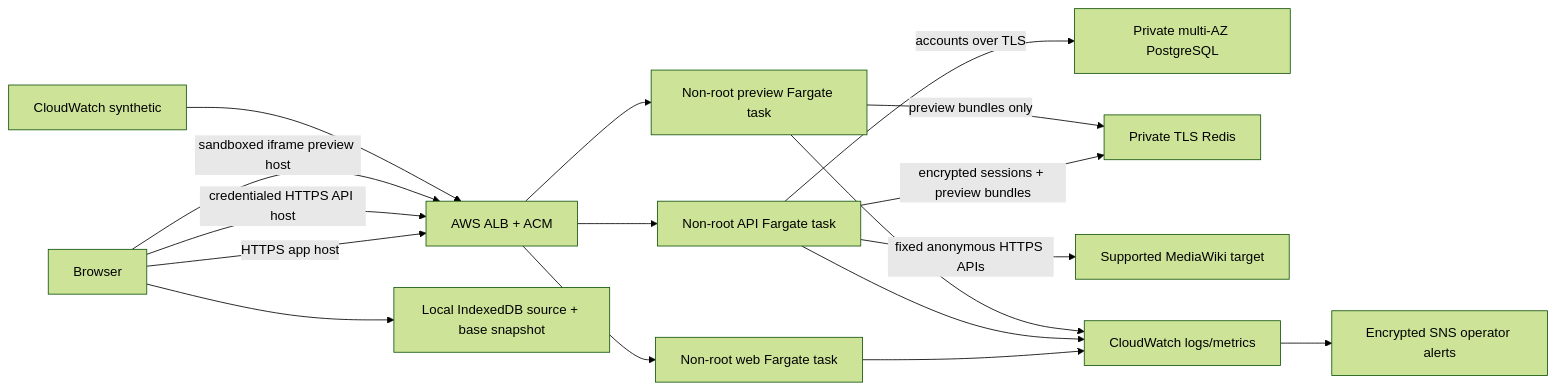
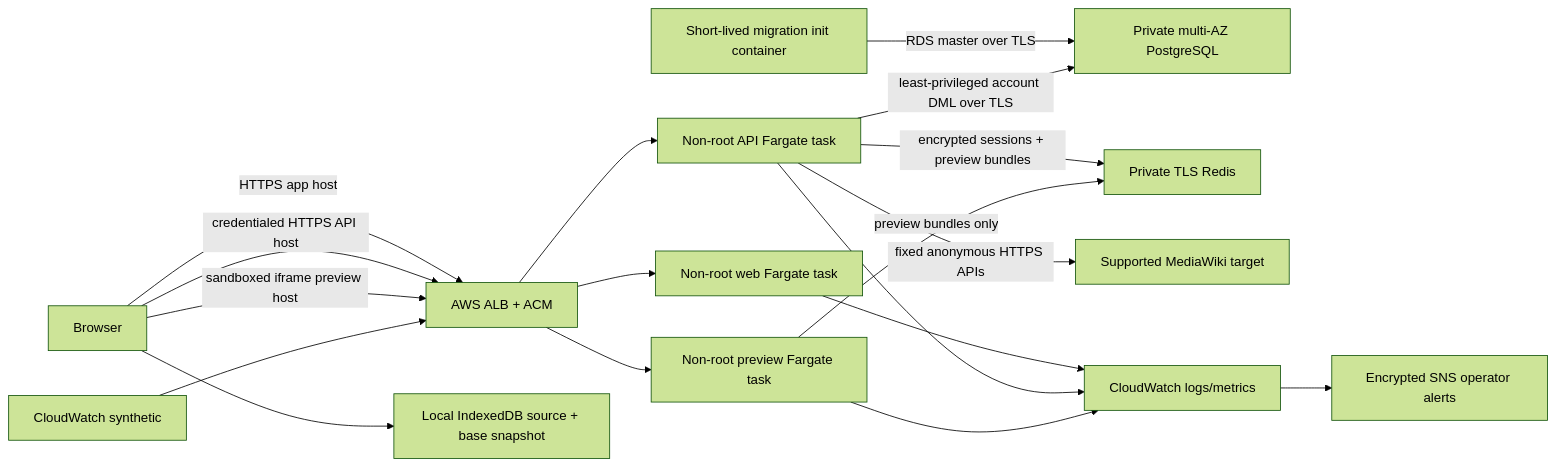
The first of 2 diagrams in docs/architecture.md (feconi1024/wikione), drawn with Mermaid (forest theme) before and after one commit. The commit also changed other lines of this file and 24 other files, not shown here.

Commit message:
feat: isolate PostgreSQL runtime privileges

````diff
--- a/docs/architecture.md
+++ b/docs/architecture.md
@@ -12,19 +12,20 @@
 ```mermaid
 flowchart LR
     Browser["Browser"] -->|"HTTPS app host"| ALB["AWS ALB + ACM"]
     Browser -->|"credentialed HTTPS API host"| ALB
     Browser -->|"sandboxed iframe preview host"| ALB
     ALB --> Web["Non-root web Fargate task"]
     ALB --> API["Non-root API Fargate task"]
     ALB --> Preview["Non-root preview Fargate task"]
     Browser --> Drafts["Local IndexedDB source + base snapshot"]
-    API -->|"accounts over TLS"| RDS["Private multi-AZ PostgreSQL"]
+    Migration["Short-lived migration init container"] -->|"RDS master over TLS"| RDS["Private multi-AZ PostgreSQL"]
+    API -->|"least-privileged account DML over TLS"| RDS
     API -->|"encrypted sessions + preview bundles"| Redis["Private TLS Redis"]
     Preview -->|"preview bundles only"| Redis
     API -->|"fixed anonymous HTTPS APIs"| Wiki["Supported MediaWiki target"]
     Synthetics["CloudWatch synthetic"] --> ALB
     Web --> Logs["CloudWatch logs/metrics"]
     API --> Logs
     Preview --> Logs
     Logs --> Alerts["Encrypted SNS operator alerts"]
 ```
````
